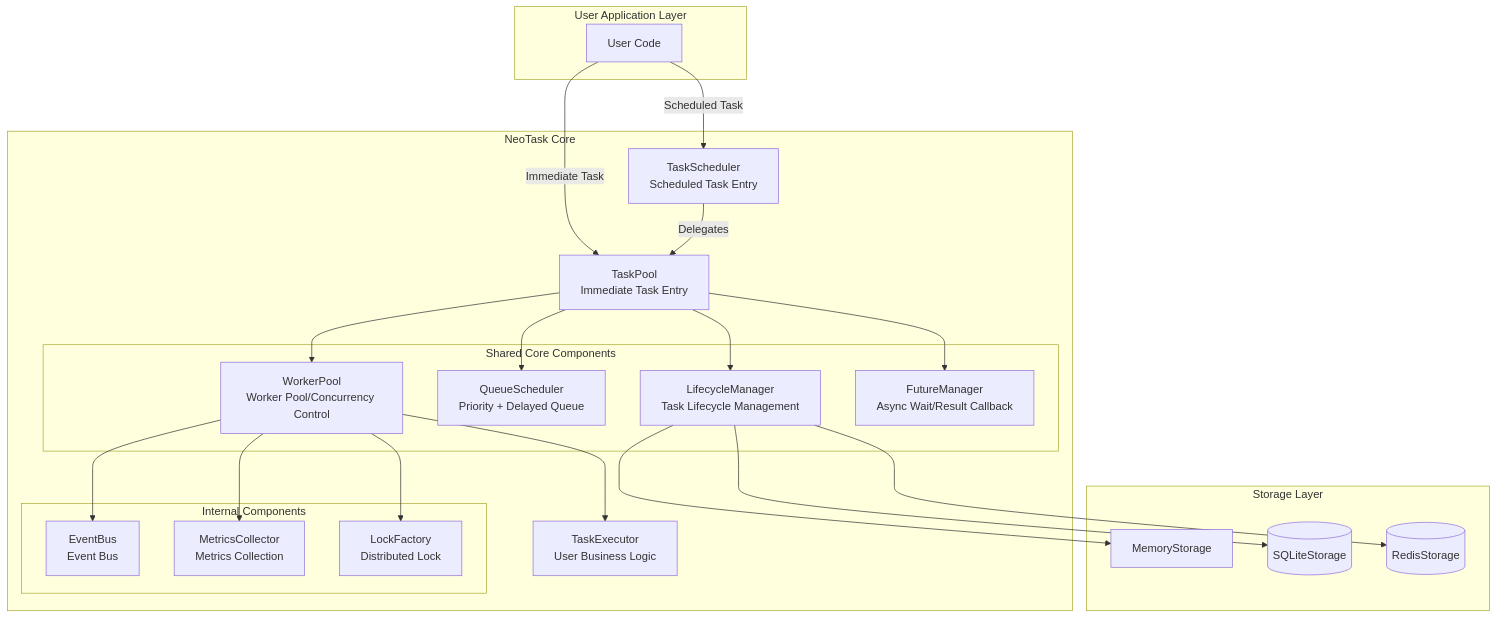
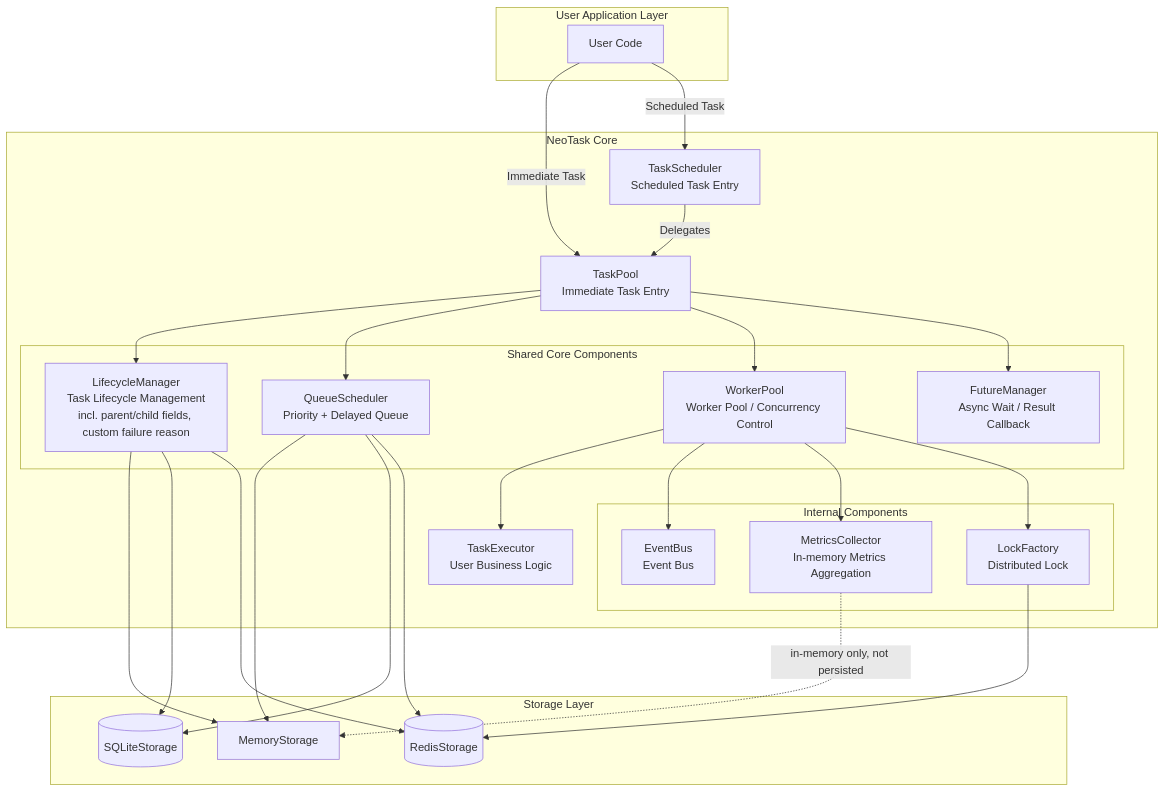
Before and after one commit to neopen/neotask: the first of 2 diagrams in README.md, drawn with Mermaid. The commit also changed other lines of this file and 1 other file, not shown here.

First line of the commit message:
docs: 更新 README 架构图、路线图与 v1.1 能力说明

````diff
--- a/README.md
+++ b/README.md
@@ -77,49 +85,57 @@
 ```mermaid
 graph TB
     subgraph User["User Application Layer"]
         APP[User Code]
     end
-    
+
     subgraph NeoTask["NeoTask Core"]
         TP[TaskPool<br/>Immediate Task Entry]
         TS[TaskScheduler<br/>Scheduled Task Entry]
-        
+
         subgraph Core["Shared Core Components"]
-            LM[LifecycleManager<br/>Task Lifecycle Management]
+            LM[LifecycleManager<br/>Task Lifecycle Management<br/>incl. parent/child fields, custom failure reason]
             QS[QueueScheduler<br/>Priority + Delayed Queue]
-            WP[WorkerPool<br/>Worker Pool/Concurrency Control]
-            FM[FutureManager<br/>Async Wait/Result Callback]
+            WP[WorkerPool<br/>Worker Pool / Concurrency Control]
+            FM[FutureManager<br/>Async Wait / Result Callback]
         end
-        
+
         subgraph Internal["Internal Components"]
             EB[EventBus<br/>Event Bus]
-            MC[MetricsCollector<br/>Metrics Collection]
+            MC[MetricsCollector<br/>In-memory Metrics Aggregation]
             LF[LockFactory<br/>Distributed Lock]
         end
-        
+
         EX[TaskExecutor<br/>User Business Logic]
     end
-    
+
     subgraph Storage["Storage Layer"]
         MEM[MemoryStorage]
         SQLITE[(SQLiteStorage)]
         REDIS[(RedisStorage)]
     end
-    
+
     APP -->|Immediate Task| TP
     APP -->|Scheduled Task| TS
     TS -->|Delegates| TP
     TP --> LM
     TP --> QS
     TP --> WP
     TP --> FM
-    
-    LM --> MEM
-    LM --> SQLITE
-    LM --> REDIS
-    
+
     WP --> EX
     WP --> EB
     WP --> MC
     WP --> LF
+
+    LM --> MEM
+    LM --> SQLITE
+    LM --> REDIS
+
+    QS --> MEM
+    QS --> SQLITE
+    QS --> REDIS
+
+    MC -.->|in-memory only, not persisted| MEM
+
+    LF --> REDIS
 ```
````
